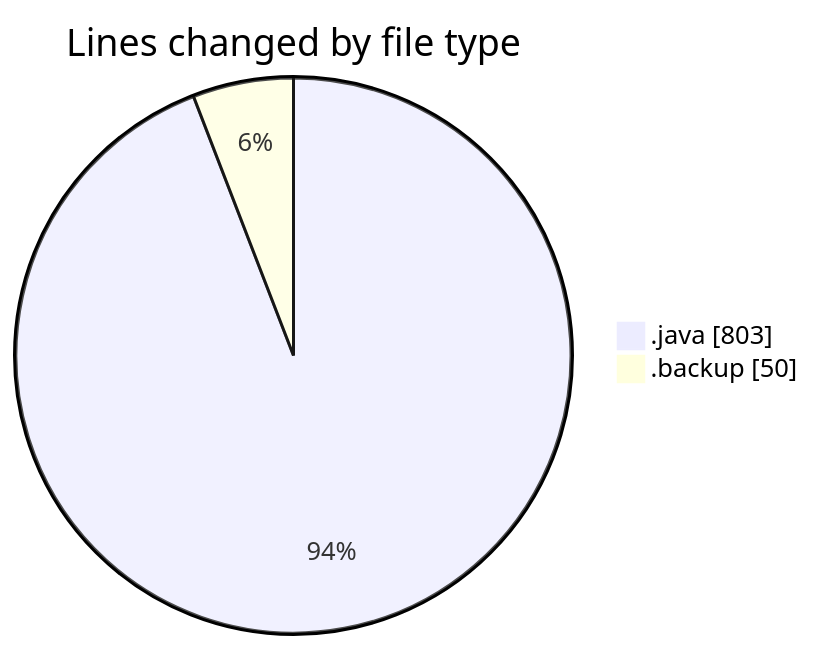
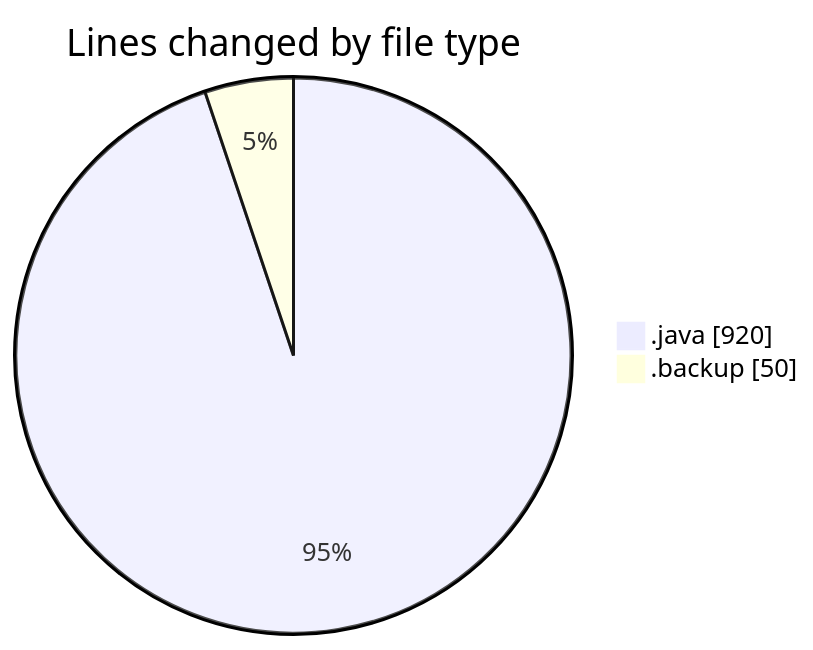
Before and after one commit to ricardozamudiocil/code-tracking: the first of 2 diagrams in 2026-02-26/cilapp/README.md, drawn with Mermaid. The commit also changed other lines of this file and 1 other file, not shown here.

````diff
--- a/2026-02-26/cilapp/README.md
+++ b/2026-02-26/cilapp/README.md
@@ -24,6 +25,6 @@
 ```mermaid
 pie showData
 title Lines changed by file type
-".java" : 803
+".java" : 920
 ".backup" : 50
 ```
````
